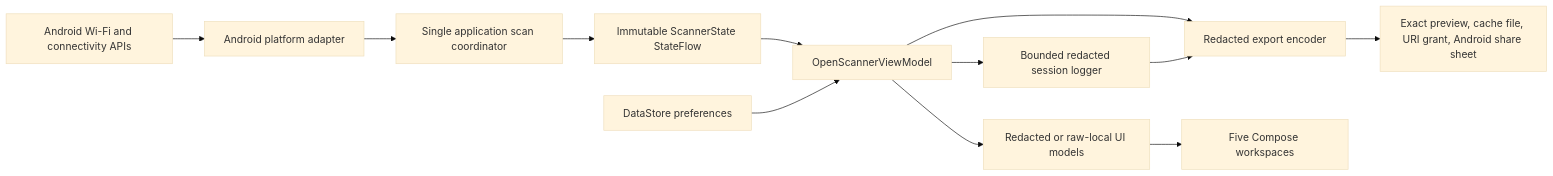
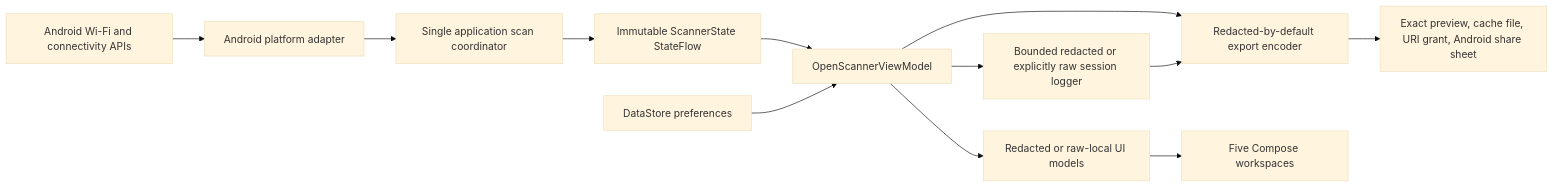
One commit to PROMCRdog/Open-Scanner changed the diagram in docs/architecture/native-app.md. Above: the diagram before and after it, drawn with Mermaid (base theme). The commit also changed other lines of this file and 21 other files, not shown here.

````diff
--- a/docs/architecture/native-app.md
+++ b/docs/architecture/native-app.md
@@ -5,14 +5,14 @@
 ```mermaid
 flowchart LR
   OS["Android Wi-Fi and connectivity APIs"] --> A["Android platform adapter"]
   A --> C["Single application scan coordinator"]
   C --> S["Immutable ScannerState StateFlow"]
   S --> V["OpenScannerViewModel"]
   P["DataStore preferences"] --> V
   V --> U["Redacted or raw-local UI models"]
-  V --> L["Bounded redacted session logger"]
-  V --> E["Redacted export encoder"]
+  V --> L["Bounded redacted or explicitly raw session logger"]
+  V --> E["Redacted-by-default export encoder"]
   L --> E
   U --> Q["Five Compose workspaces"]
   E --> H["Exact preview, cache file, URI grant, Android share sheet"]
 ```
````
